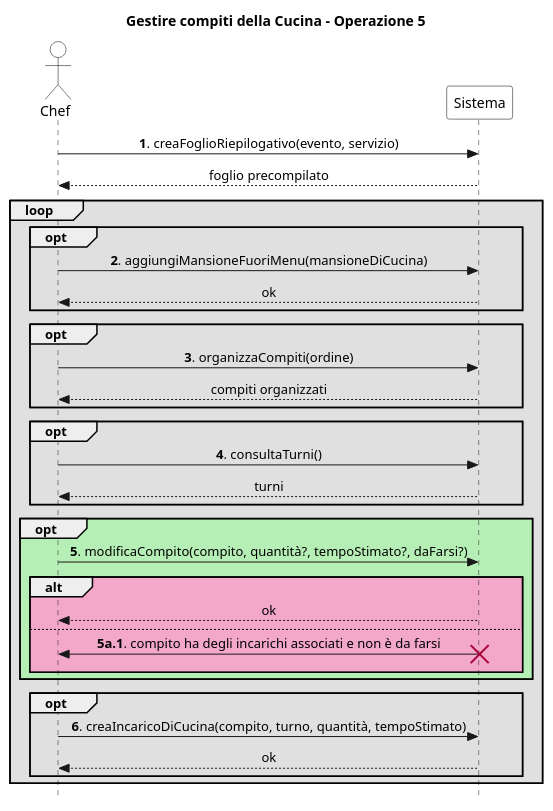
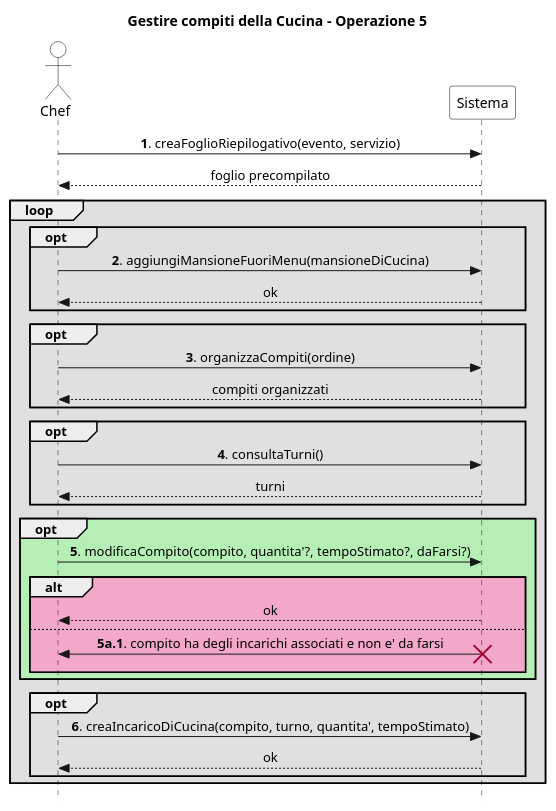
The diagram in UP/Requisiti/UC Gestire Compiti Cucina/SSD/Estensioni-Eccezioni Op5.puml (stefa168/sas-project), drawn with PlantUML before and after one commit. The commit also changed 6 other files, not shown here.

```diff
--- a/UP/Requisiti/UC Gestire Compiti Cucina/SSD/Estensioni-Eccezioni Op5.puml
+++ b/UP/Requisiti/UC Gestire Compiti Cucina/SSD/Estensioni-Eccezioni Op5.puml
@@ -1,55 +1,55 @@
 @startuml
 skinparam Style strictuml
 skinparam SequenceMessageAlign center
 
 skinparam sequence {
     ActorBorderColor Black
     ActorBackgroundColor White
     ParticipantBorderColor Black
     ParticipantBackgroundColor White
 }
 
 actor Chef
 participant Sistema
 
 title Gestire compiti della Cucina - Operazione 5
 
 Chef -> Sistema: **1**. creaFoglioRiepilogativo(evento, servizio)
 return foglio precompilato
 
 loop #e0e0e0
     opt #e0e0e0
         Chef -> Sistema: **2**. aggiungiMansioneFuoriMenu(mansioneDiCucina)
         return ok
     end
 
     opt #e0e0e0
         Chef -> Sistema: **3**. organizzaCompiti(ordine)
         return compiti organizzati
     end
 
     opt #e0e0e0
         Chef -> Sistema: **4**. consultaTurni()
         return turni
     end
 
     opt #b6efb6
-        Chef -> Sistema: **5**. modificaCompito(compito, quantità?, tempoStimato?, daFarsi?)
+        Chef -> Sistema: **5**. modificaCompito(compito, quantita'?, tempoStimato?, daFarsi?)
         alt #f3a7c9
             return ok
         else
-            Chef <- Sistema: **5a.1**. compito ha degli incarichi associati e non è da farsi
+            Chef <- Sistema: **5a.1**. compito ha degli incarichi associati e non e' da farsi
             destroy Sistema
             ||10||
         end
     end
 
     opt #e0e0e0
-        Chef -> Sistema: **6**. creaIncaricoDiCucina(compito, turno, quantità, tempoStimato)
+        Chef -> Sistema: **6**. creaIncaricoDiCucina(compito, turno, quantita', tempoStimato)
         return ok
     end
 
 end
 
 
 @enduml
```
